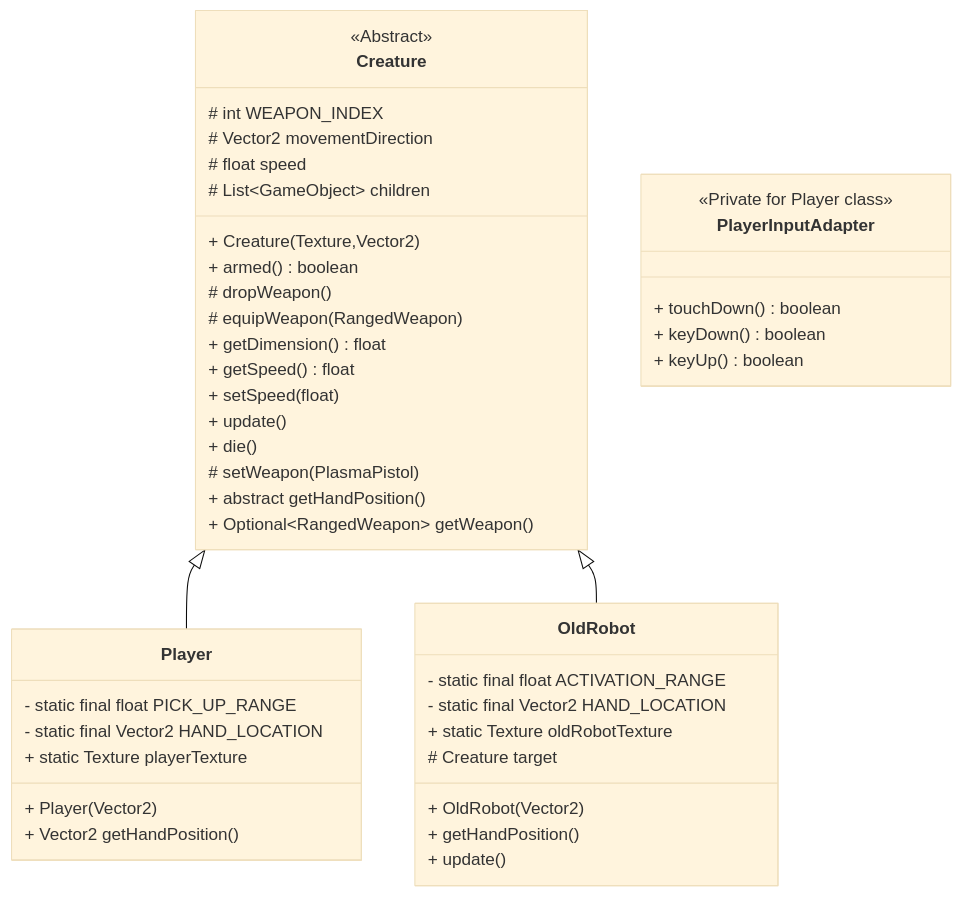
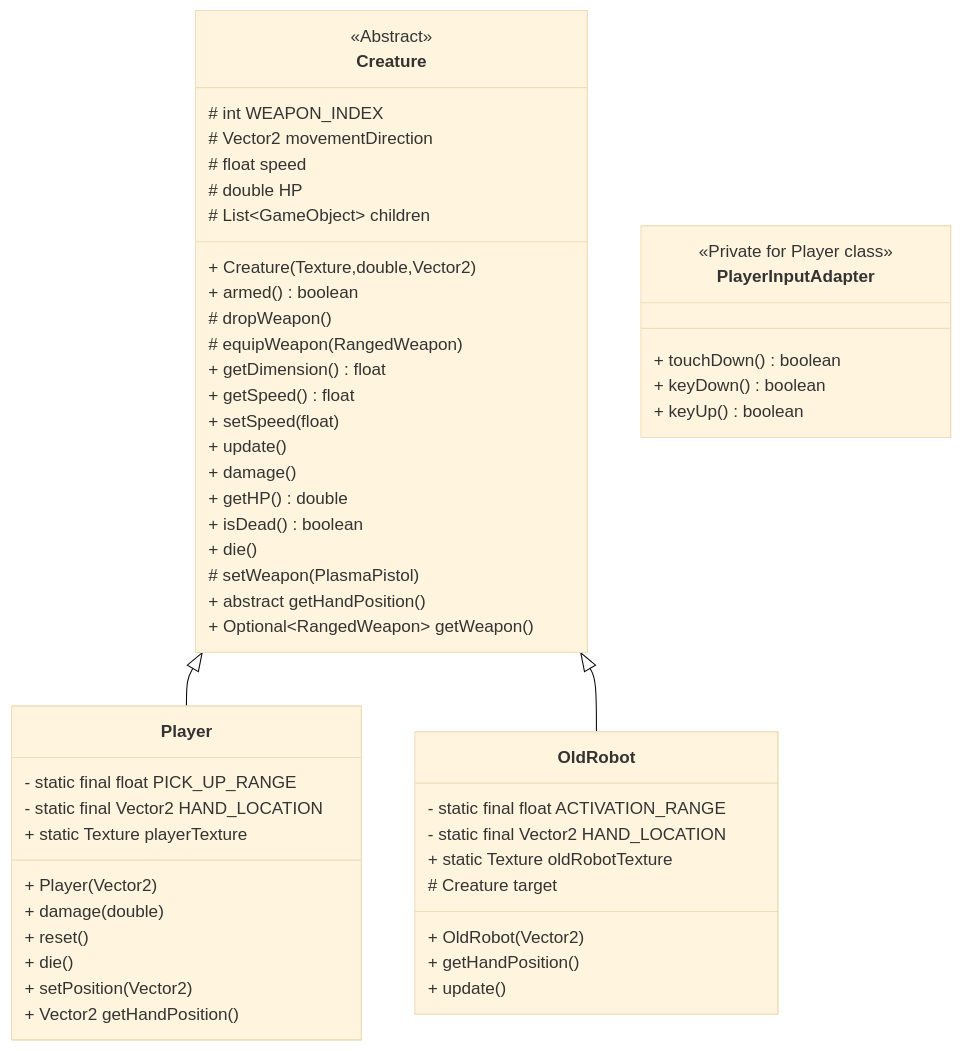
Before and after one commit to StrangeClone/PixelStars: the diagram in core/src/com/pixelstar/gameobject/creature/README.md, drawn with Mermaid (base theme). The commit also changed 13 other files, not shown here.

````diff
--- a/core/src/com/pixelstar/gameobject/creature/README.md
+++ b/core/src/com/pixelstar/gameobject/creature/README.md
@@ -6,46 +6,54 @@
 ```mermaid
 classDiagram
 class Creature {
     <<Abstract>>
     # int WEAPON_INDEX
     # Vector2 movementDirection
     # float speed
+    # double HP
     # List~GameObject~ children
-    + Creature(Texture,Vector2)
+    + Creature(Texture,double,Vector2)
     + armed() boolean
     # dropWeapon()
     # equipWeapon(RangedWeapon)
     + getDimension() float
     + getSpeed() float
     + setSpeed(float)
     + update()
+    + damage()
+    + getHP() double
+    + isDead() boolean
     + die()
     # setWeapon(PlasmaPistol)
     + abstract getHandPosition()
     + Optional~RangedWeapon~ getWeapon()
 }
 class Player {
     - static final float PICK_UP_RANGE
     - static final Vector2 HAND_LOCATION
     + static Texture playerTexture
     + Player(Vector2)
+    + damage(double)
+    + reset()
+    + die()
+    + setPosition(Vector2)
     + Vector2 getHandPosition()
 }
 Creature <|-- Player
 class PlayerInputAdapter {
     <<Private for Player class>>
     + touchDown() boolean
     + keyDown() boolean
     + keyUp() boolean
 }
 class OldRobot {
     - static final float ACTIVATION_RANGE
     - static final Vector2 HAND_LOCATION
     + static Texture oldRobotTexture
     # Creature target
     + OldRobot(Vector2)
     + getHandPosition()
     + update()
 }
 Creature <|-- OldRobot
 ```
````
